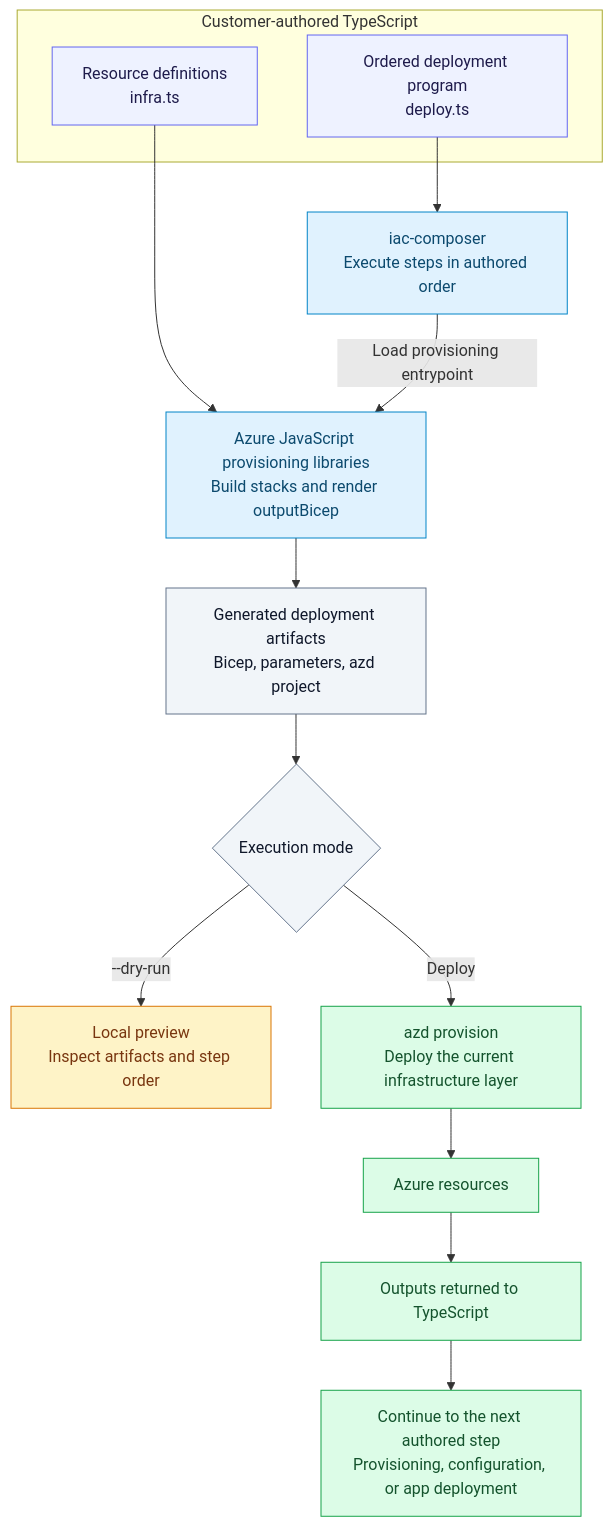
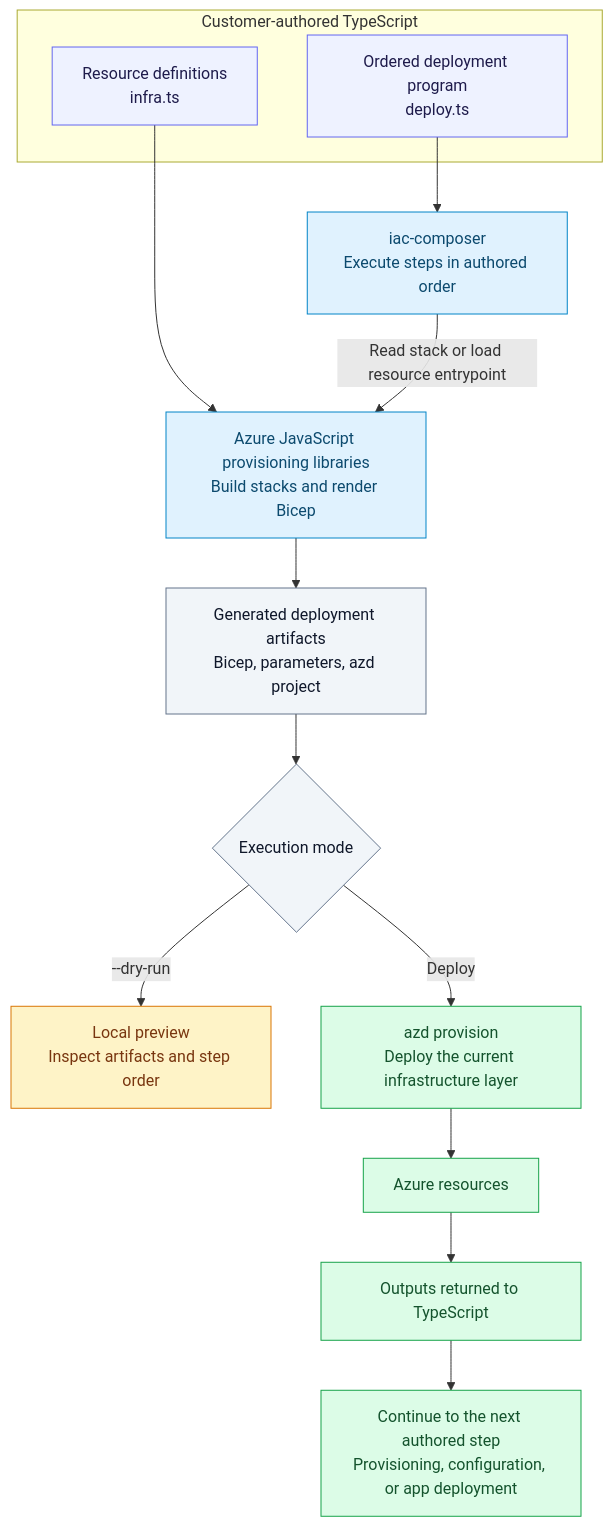
The diagram in README.md (qiaozha/iac-composer), drawn with Mermaid before and after one commit. The commit also changed other lines of this file and 20 other files, not shown here.

First line of the commit message:
Remove provisioning wrappers and accept stacks directly

````diff
--- a/README.md
+++ b/README.md
@@ -33,30 +34,30 @@
 ```mermaid
 flowchart TD
     subgraph authored["Customer-authored TypeScript"]
         infra["Resource definitions<br/>infra.ts"]
         program["Ordered deployment program<br/>deploy.ts"]
     end
 
     program --> runtime["iac-composer<br/>Execute steps in authored order"]
-    infra --> libraries["Azure JavaScript provisioning libraries<br/>Build stacks and render outputBicep"]
-    runtime -->|"Load provisioning entrypoint"| libraries
+    infra --> libraries["Azure JavaScript provisioning libraries<br/>Build stacks and render Bicep"]
+    runtime -->|"Read stack or load resource entrypoint"| libraries
     libraries --> artifacts["Generated deployment artifacts<br/>Bicep, parameters, azd project"]
 
     artifacts --> mode{"Execution mode"}
     mode -->|"--dry-run"| preview["Local preview<br/>Inspect artifacts and step order"]
     mode -->|"Deploy"| provision["azd provision<br/>Deploy the current infrastructure layer"]
     provision --> azure["Azure resources"]
     azure --> outputs["Outputs returned to TypeScript"]
     outputs --> next["Continue to the next authored step<br/>Provisioning, configuration, or app deployment"]
 
     classDef source fill:#eef2ff,stroke:#6366f1,color:#1e1b4b
     classDef engine fill:#e0f2fe,stroke:#0284c7,color:#0c4a6e
     classDef artifact fill:#f1f5f9,stroke:#64748b,color:#0f172a
     classDef preview fill:#fef3c7,stroke:#d97706,color:#78350f
     classDef cloud fill:#dcfce7,stroke:#16a34a,color:#14532d
     class infra,program source
     class runtime,libraries engine
     class artifacts,mode artifact
     class preview preview
     class provision,azure,outputs,next cloud
 ```
````
